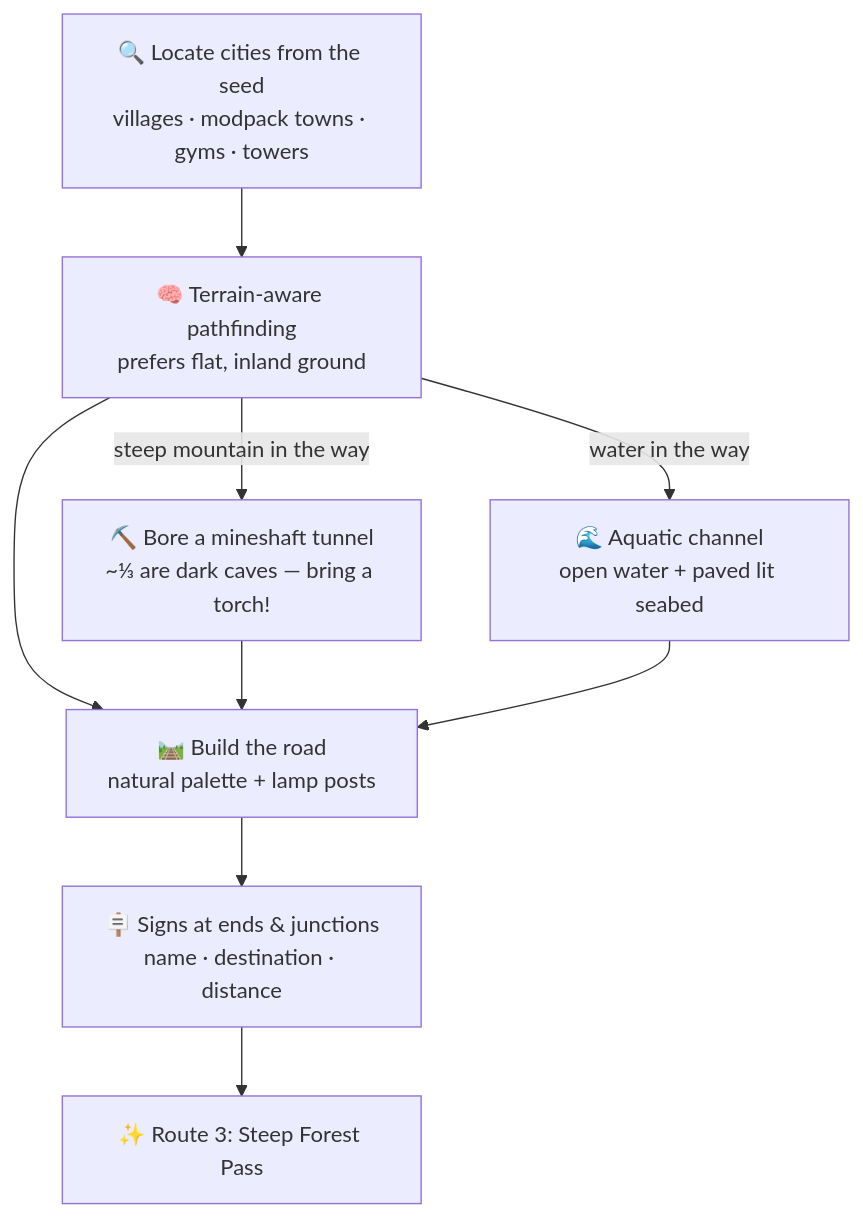
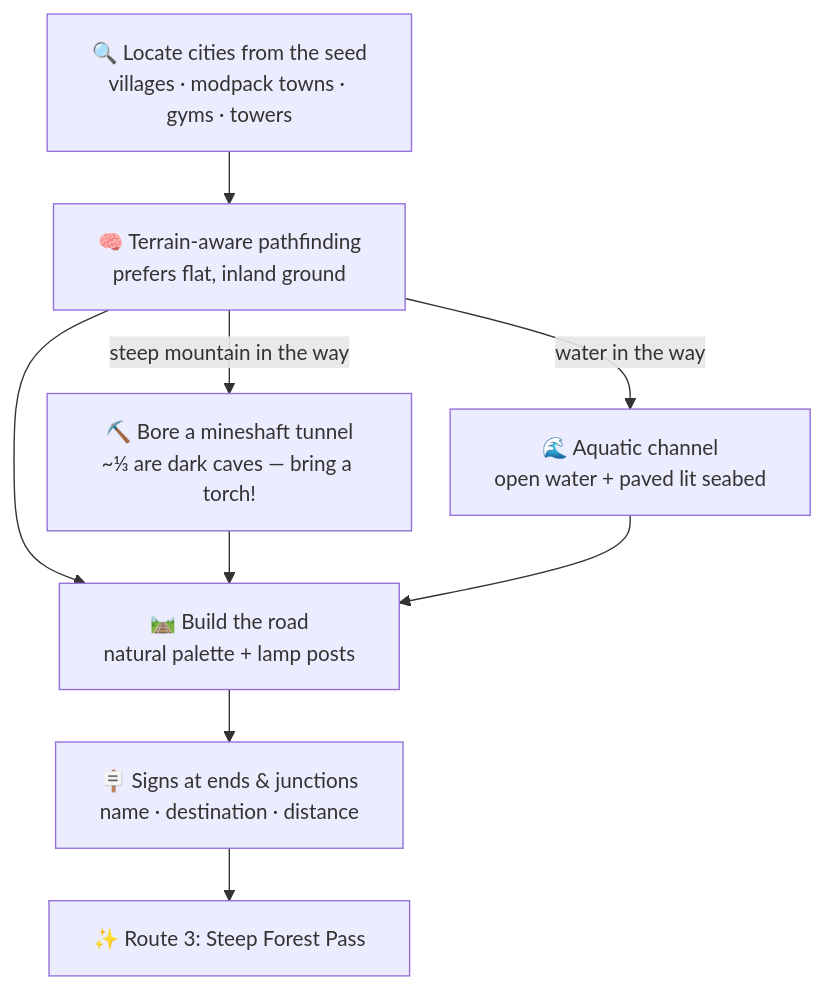
One commit to manucruzleiva/mod-wiki changed the diagram in docs/routes/routes.md. Above: the diagram before and after it, drawn with Mermaid. The commit also changed 53 other files, not shown here.

````diff
--- a/docs/routes/routes.md
+++ b/docs/routes/routes.md
@@ -7,11 +7,12 @@
 ```mermaid
+%%{init: {"flowchart": {"curve": "basis", "nodeSpacing": 28, "rankSpacing": 38, "padding": 16}, "themeVariables": {"fontSize": "15px"}}}%%
 flowchart TD
     S[🔍 Locate cities from the seed<br/>villages · modpack towns · gyms · towers] --> P[🧠 Terrain-aware pathfinding<br/>prefers flat, inland ground]
     P -->|steep mountain in the way| T[⛏️ Bore a mineshaft tunnel<br/>~⅓ are dark caves — bring a torch!]
     P -->|water in the way| W[🌊 Aquatic channel<br/>open water + paved lit seabed]
     P --> B[🛤️ Build the road<br/>natural palette + lamp posts]
     T --> B
     W --> B
     B --> G[🪧 Signs at ends & junctions<br/>name · destination · distance]
     G --> N[✨ Route 3: Steep Forest Pass]
 ```
````
